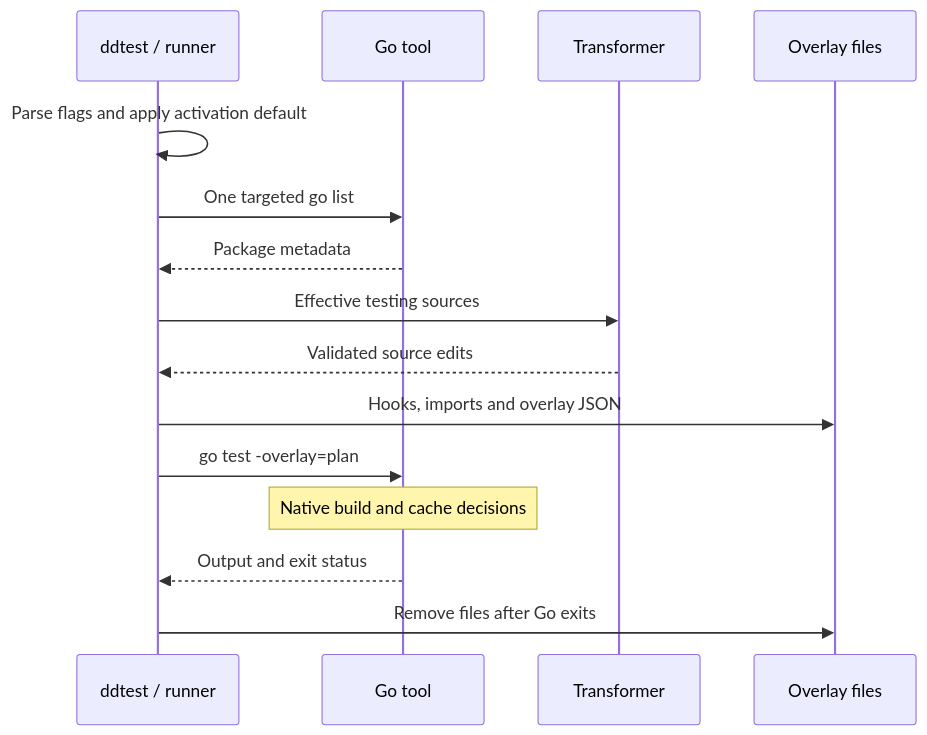
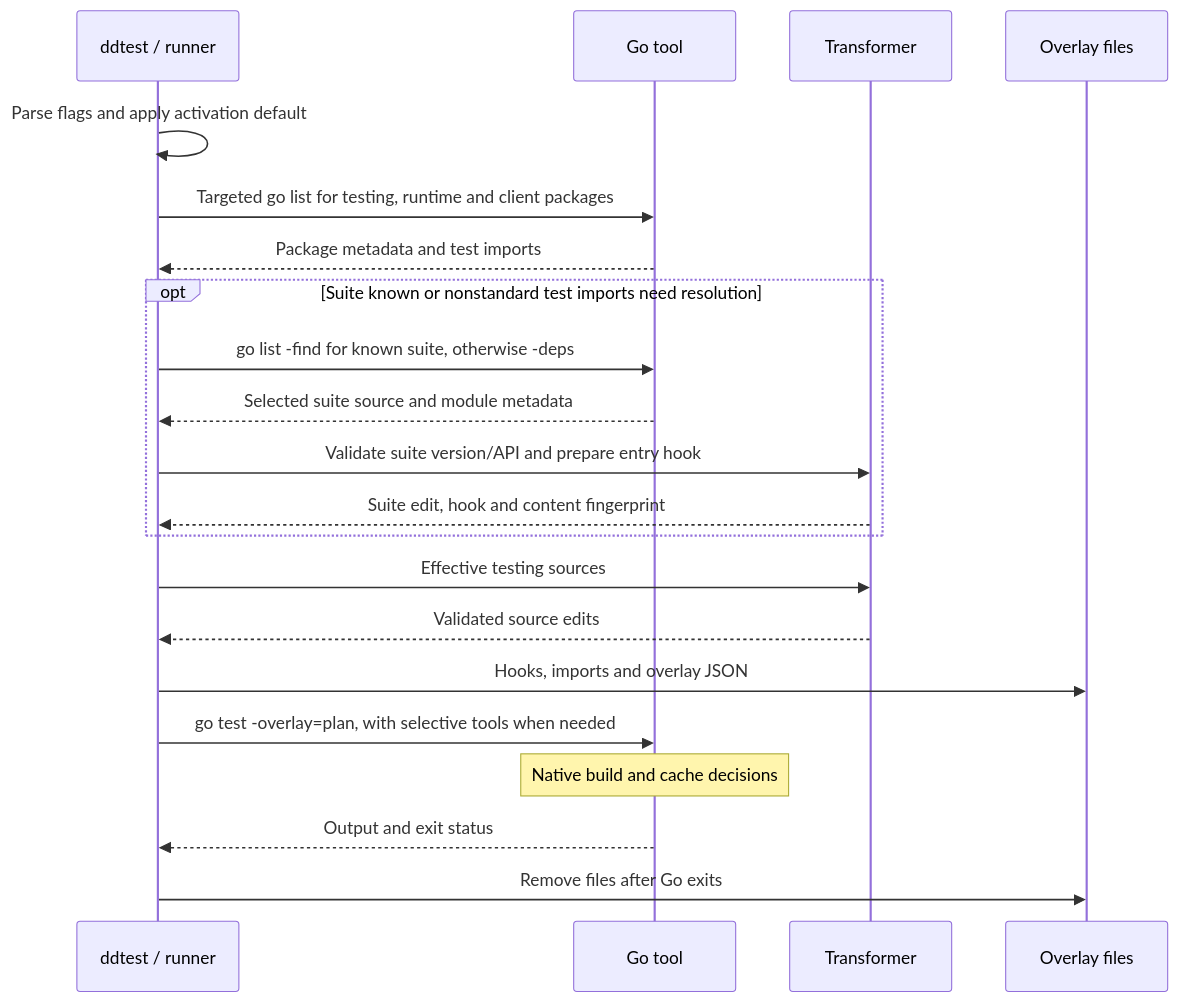
The second of 6 diagrams in docs/architecture.md (tonyredondo/dd-ci-testing-poc), drawn with Mermaid before and after one commit. The commit also changed other lines of this file and 72 other files, not shown here.

Commit message:
Support Testify suites with selective build tools and cache-safe discovery

````diff
--- a/docs/architecture.md
+++ b/docs/architecture.md
@@ -55,17 +58,23 @@
 ```mermaid
 sequenceDiagram
     participant CLI as ddtest / runner
     participant Go as Go tool
     participant AST as Transformer
     participant Plan as Overlay files
     CLI->>CLI: Parse flags and apply activation default
-    CLI->>Go: One targeted go list
-    Go-->>CLI: Package metadata
+    CLI->>Go: Targeted go list for testing, runtime and client packages
+    Go-->>CLI: Package metadata and test imports
+    opt Suite known or nonstandard test imports need resolution
+        CLI->>Go: go list -find for known suite, otherwise -deps
+        Go-->>CLI: Selected suite source and module metadata
+        CLI->>AST: Validate suite version/API and prepare entry hook
+        AST-->>CLI: Suite edit, hook and content fingerprint
+    end
     CLI->>AST: Effective testing sources
     AST-->>CLI: Validated source edits
     CLI->>Plan: Hooks, imports and overlay JSON
-    CLI->>Go: go test -overlay=plan
+    CLI->>Go: go test -overlay=plan, with selective tools when needed
     Note over Go: Native build and cache decisions
     Go-->>CLI: Output and exit status
     CLI->>Plan: Remove files after Go exits
 ```
````
